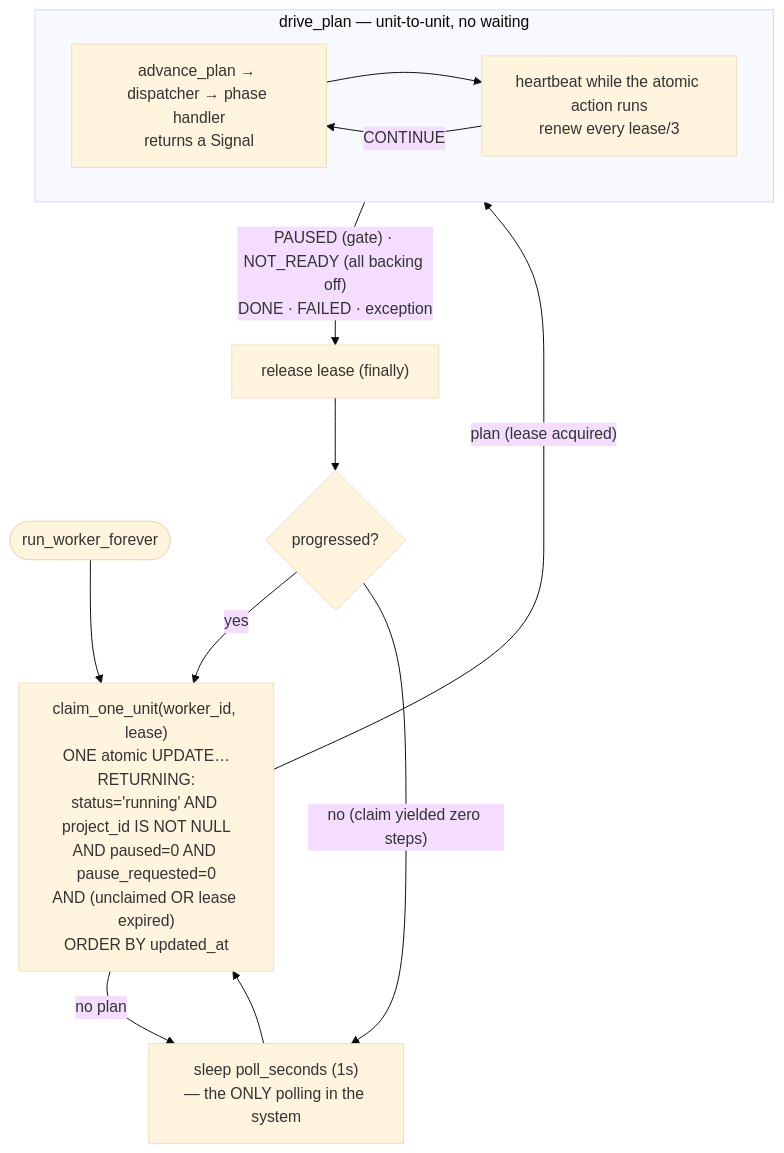
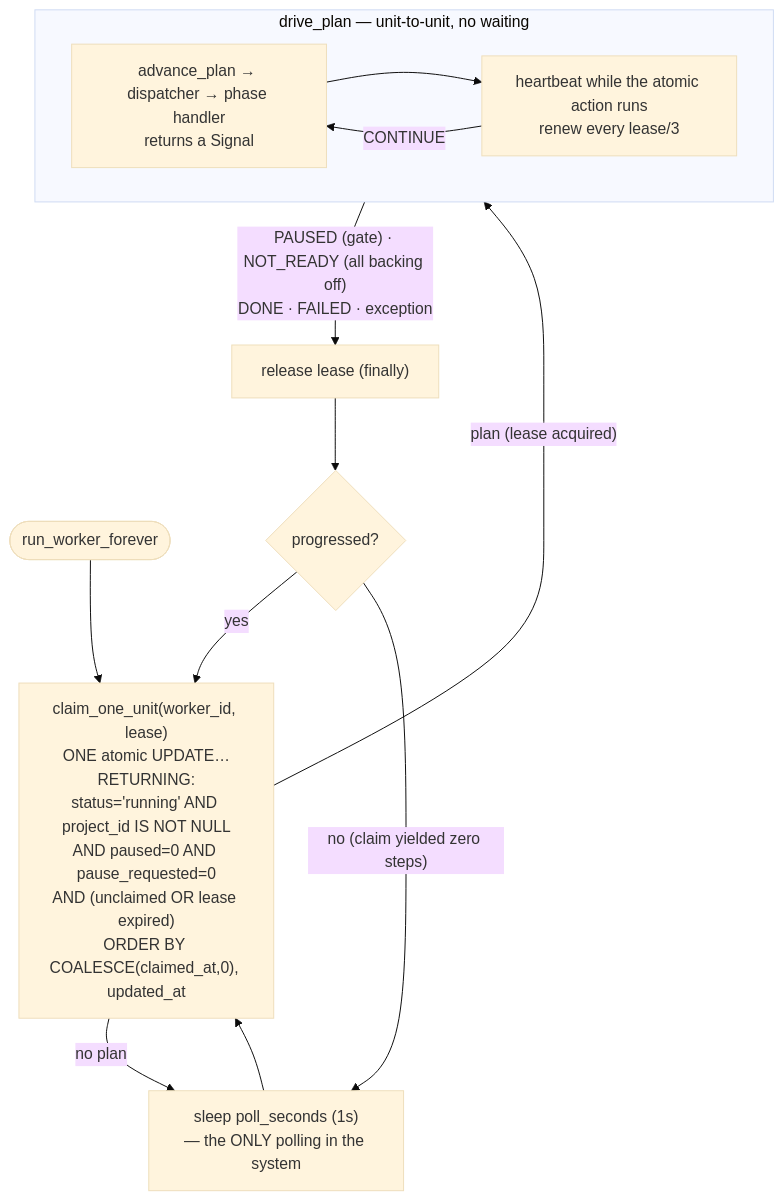
One commit to guilhermeUpToTask/agent-orchestrator-prototype changed the first of 3 diagrams in docs/architecture/execution-model.md. Above: the diagram before and after it, drawn with Mermaid (base theme). The commit also changed other lines of this file and 28 other files, not shown here.

````diff
--- a/docs/architecture/execution-model.md
+++ b/docs/architecture/execution-model.md
@@ -9,19 +9,19 @@
 ```mermaid
 flowchart TB
-    start([run_worker_forever]) --> claim["claim_one_unit(worker_id, lease)<br/>ONE atomic UPDATE…RETURNING:<br/>status='running' AND project_id IS NOT NULL<br/>AND paused=0 AND pause_requested=0<br/>AND (unclaimed OR lease expired)<br/>ORDER BY updated_at"]
+    start([run_worker_forever]) --> claim["claim_one_unit(worker_id, lease)<br/>ONE atomic UPDATE…RETURNING:<br/>status='running' AND project_id IS NOT NULL<br/>AND paused=0 AND pause_requested=0<br/>AND (unclaimed OR lease expired)<br/>ORDER BY COALESCE(claimed_at,0), updated_at"]
     claim -->|no plan| sleep["sleep poll_seconds (1s)<br/>— the ONLY polling in the system"]
     sleep --> claim
     claim -->|"plan (lease acquired)"| drive
 
     subgraph drive["drive_plan — unit-to-unit, no waiting"]
         adv["advance_plan → dispatcher → phase handler<br/>returns a Signal"]
         hb["heartbeat while the atomic action runs<br/>renew every lease/3"]
         adv --> hb
         hb -->|CONTINUE| adv
     end
 
     drive -->|"PAUSED (gate) · NOT_READY (all backing off)<br/>DONE · FAILED · exception"| release["release lease (finally)"]
     release --> progress{progressed?}
     progress -->|yes| claim
     progress -->|"no (claim yielded zero steps)"| sleep
 ```
````
